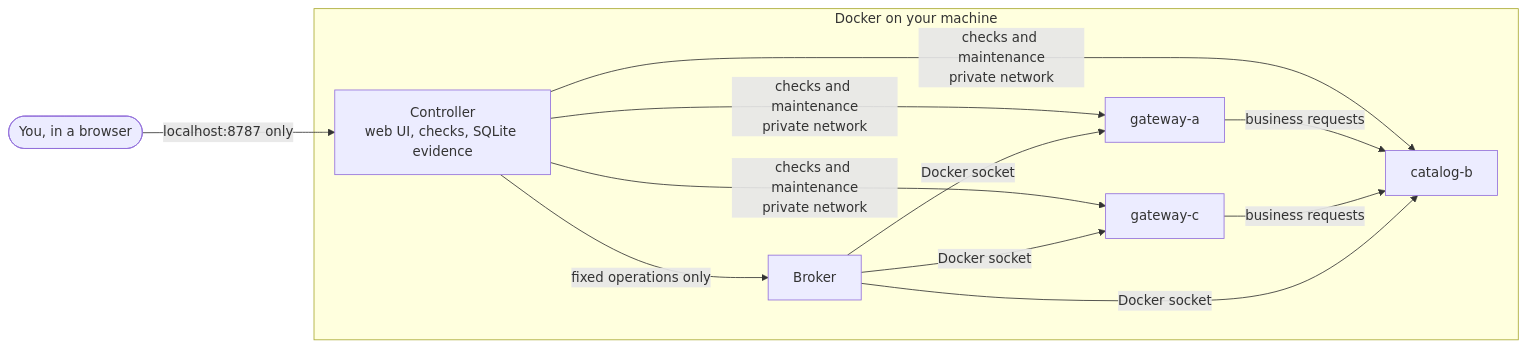
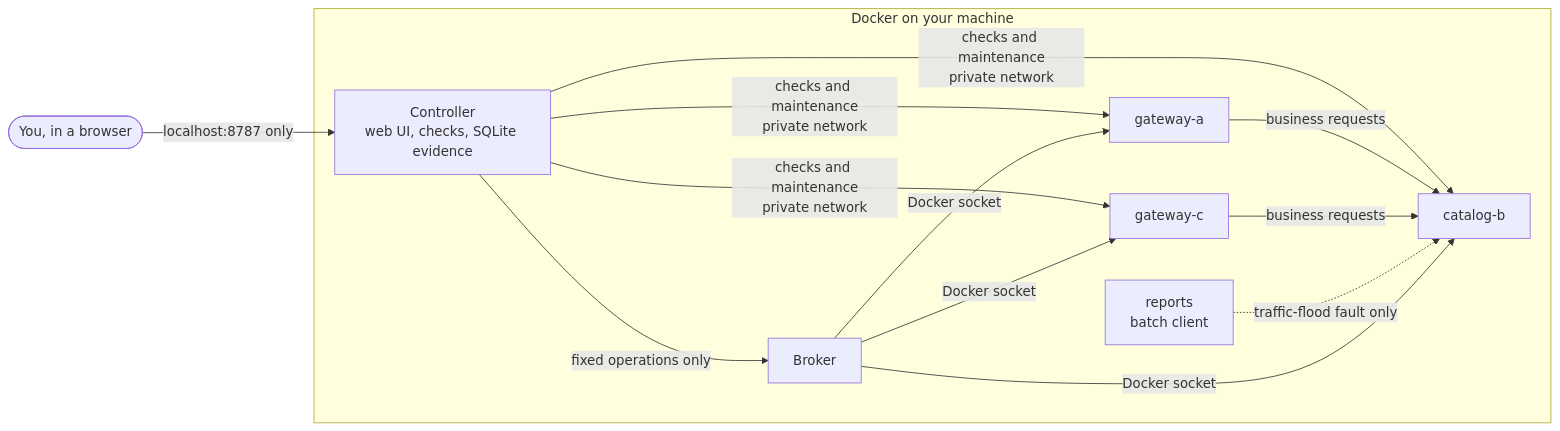
The diagram in README.md (choochootrain23/aegis-fault-lab), drawn with Mermaid before and after one commit. The commit also changed other lines of this file and 19 other files, not shown here.

First line of the commit message:
Add a traffic-flood fault from a separate batch client

````diff
--- a/README.md
+++ b/README.md
@@ -202,15 +203,16 @@
 ```mermaid
 flowchart LR
   you([You, in a browser]) -->|localhost:8787 only| controller
   subgraph docker [Docker on your machine]
     controller[Controller<br/>web UI, checks, SQLite evidence] -->|checks and maintenance<br/>private network| gateway[gateway-a]
     controller -->|checks and maintenance<br/>private network| catalog[catalog-b]
     controller -->|checks and maintenance<br/>private network| gatewayc[gateway-c]
     gateway -->|business requests| catalog
     gatewayc -->|business requests| catalog
+    reports[reports<br/>batch client] -.->|traffic-flood fault only| catalog
     controller -->|fixed operations only| broker[Broker]
     broker -->|Docker socket| gateway
     broker -->|Docker socket| catalog
     broker -->|Docker socket| gatewayc
   end
 ```
````
